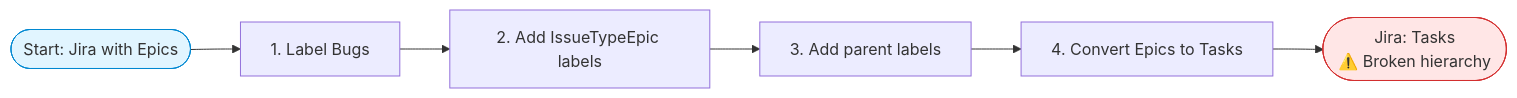
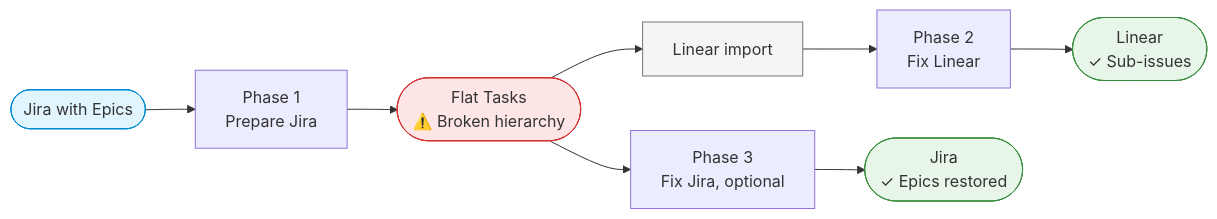
Before and after one commit to ujovlado/linear-migration-tools: the diagram in jira/README.md, drawn with Mermaid. The commit also changed other lines of this file and 2 other files, not shown here.

````diff
--- a/jira/README.md
+++ b/jira/README.md
@@ -24,11 +16,16 @@
 ```mermaid
 graph LR
-    Start([Start: Jira with Epics]) --> Step1[1. Label Bugs]
-    Step1 --> Step2[2. Add IssueTypeEpic labels]
-    Step2 --> Step3[3. Add parent labels]
-    Step3 --> Step4[4. Convert Epics to Tasks]
-    Step4 --> BrokenJira([Jira: Tasks<br/>⚠️ Broken hierarchy])
+    Start([Jira with Epics]) --> P1[Phase 1<br/>Prepare Jira]
+    P1 --> Broken([Flat Tasks<br/>⚠️ Broken hierarchy])
+    Broken --> Import[Linear import]
+    Import --> P2[Phase 2<br/>Fix Linear]
+    P2 --> Linear([Linear<br/>✓ Sub-issues])
+    Broken --> P3[Phase 3<br/>Fix Jira, optional]
+    P3 --> Jira([Jira<br/>✓ Epics restored])
 
     style Start fill:#e1f5ff,stroke:#0288d1
-    style BrokenJira fill:#ffe6e6,stroke:#d32f2f
+    style Broken fill:#ffe6e6,stroke:#d32f2f
+    style Import fill:#f5f5f5,stroke:#757575
+    style Linear fill:#e8f5e9,stroke:#388e3c
+    style Jira fill:#e8f5e9,stroke:#388e3c
 ```
````
